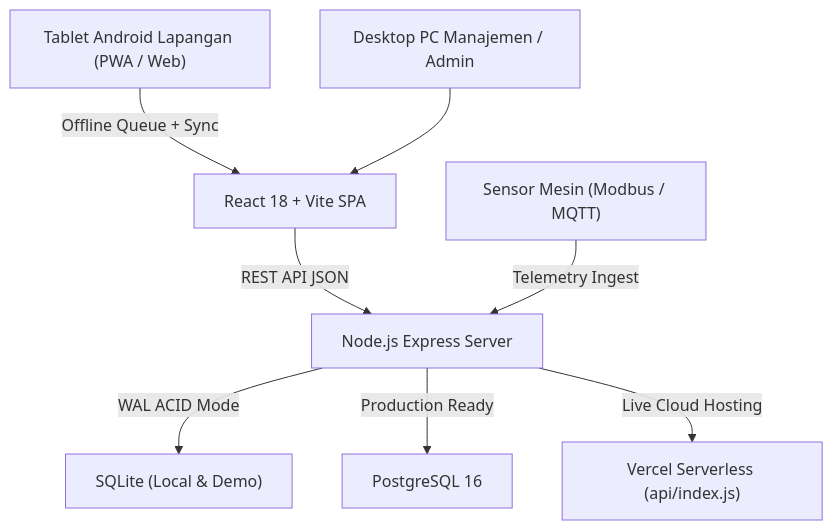
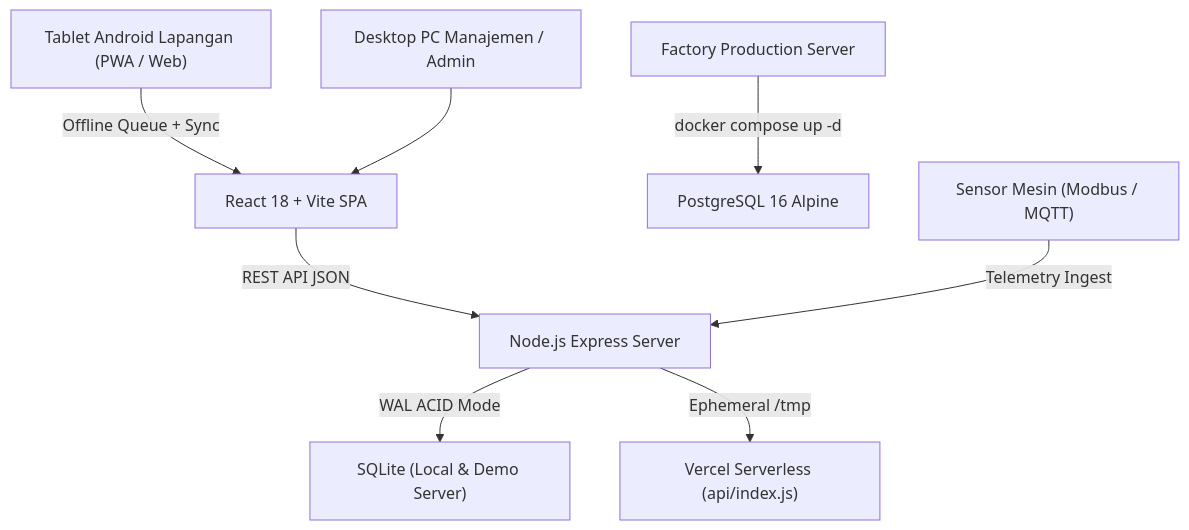
The diagram in docs/PROJECT_CONTEXT.md (elfonda256/taiho-prototype), drawn with Mermaid before and after one commit. The commit also changed other lines of this file and 4 other files, not shown here.

````diff
--- a/docs/PROJECT_CONTEXT.md
+++ b/docs/PROJECT_CONTEXT.md
@@ -40,10 +40,10 @@
 ```mermaid
 graph TD
     ClientTablet["Tablet Android Lapangan (PWA / Web)"] -->|Offline Queue + Sync| Frontend["React 18 + Vite SPA"]
     ClientDesktop["Desktop PC Manajemen / Admin"] --> Frontend
     Frontend -->|REST API JSON| Backend["Node.js Express Server"]
-    Backend -->|WAL ACID Mode| DB_Local["SQLite (Local & Demo)"]
-    Backend -->|Production Ready| DB_Prod["PostgreSQL 16"]
-    Backend -->|Live Cloud Hosting| Vercel["Vercel Serverless (api/index.js)"]
+    Backend -->|WAL ACID Mode| DB_Local["SQLite (Local & Demo Server)"]
+    Backend -->|Ephemeral /tmp| Vercel["Vercel Serverless (api/index.js)"]
+    Docker["Factory Production Server"] -->|docker compose up -d| DB_Prod["PostgreSQL 16 Alpine"]
     IoT["Sensor Mesin (Modbus / MQTT)"] -->|Telemetry Ingest| Backend
 ```
````
